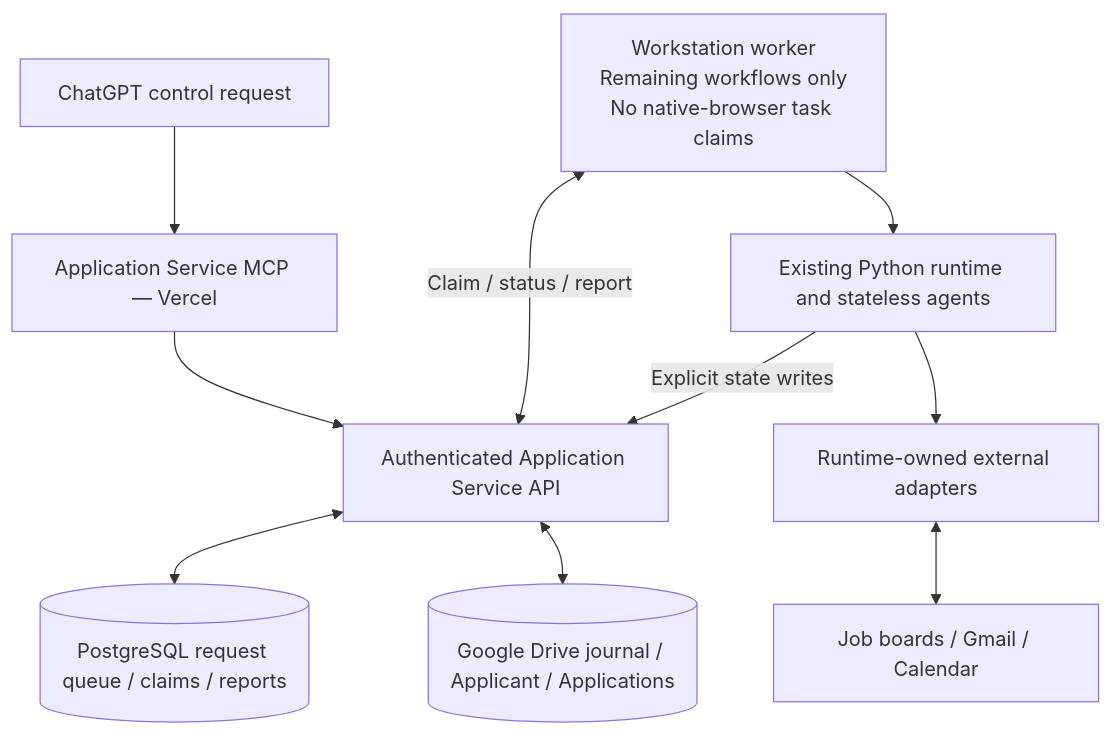
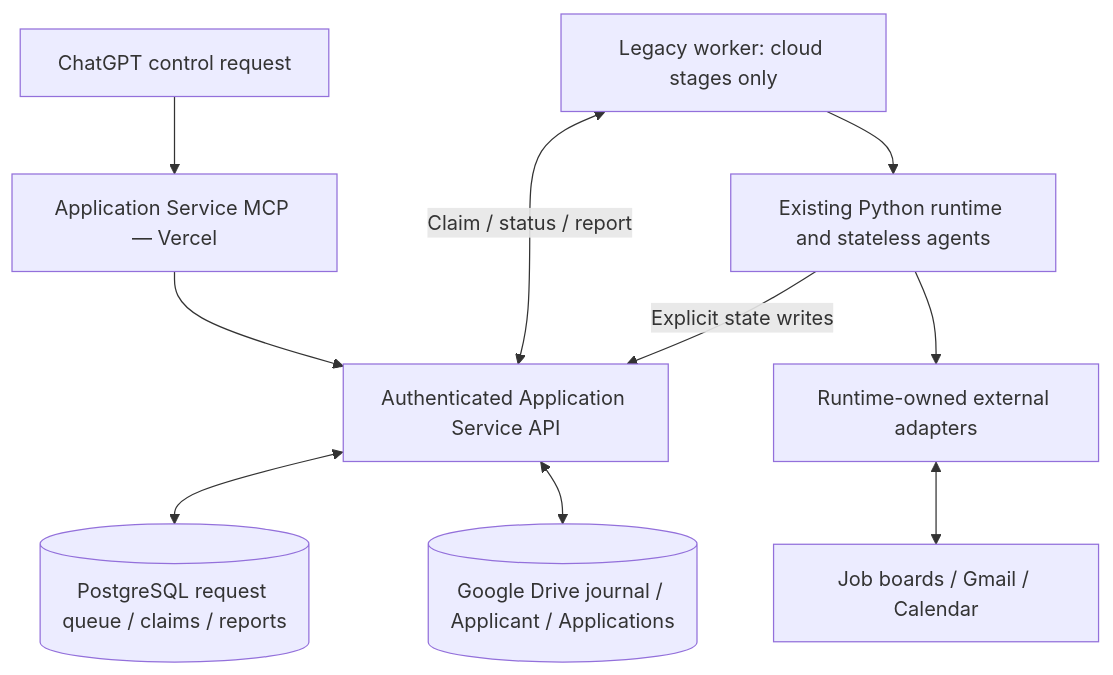
One commit to assafep/ai-job-search-system changed the fourth of 4 diagrams in docs/architecture.md. Above: the diagram before and after it, drawn with Mermaid. The commit also changed other lines of this file and 4 other files, not shown here.

First line of the commit message:
Document stage definitions and worker execution in architecture diagrams

````diff
--- a/docs/architecture.md
+++ b/docs/architecture.md
@@ -116,12 +159,12 @@
 ```mermaid
 flowchart TB
     CHAT[ChatGPT control request] --> MCP[Application Service MCP — Vercel]
     MCP --> API[Authenticated Application Service API]
     API <--> DB[(PostgreSQL request queue / claims / reports)]
-    WORKER["Workstation worker<br/>Remaining workflows only<br/>No native-browser task claims"] <-->|Claim / status / report| API
+    WORKER["Legacy worker: cloud stages only"] <-->|Claim / status / report| API
     WORKER --> RUNTIME[Existing Python runtime and stateless agents]
     RUNTIME --> ADAPTERS[Runtime-owned external adapters]
     RUNTIME -->|Explicit state writes| API
     API <--> DRIVE[(Google Drive journal / Applicant / Applications)]
     ADAPTERS <--> SYSTEMS[Job boards / Gmail / Calendar]
 ```
````
